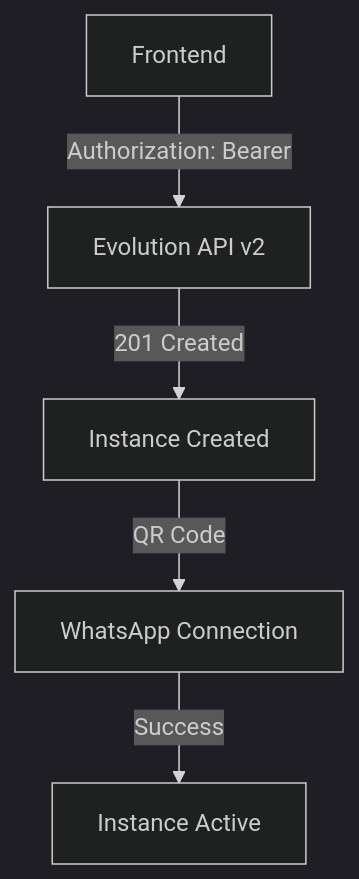
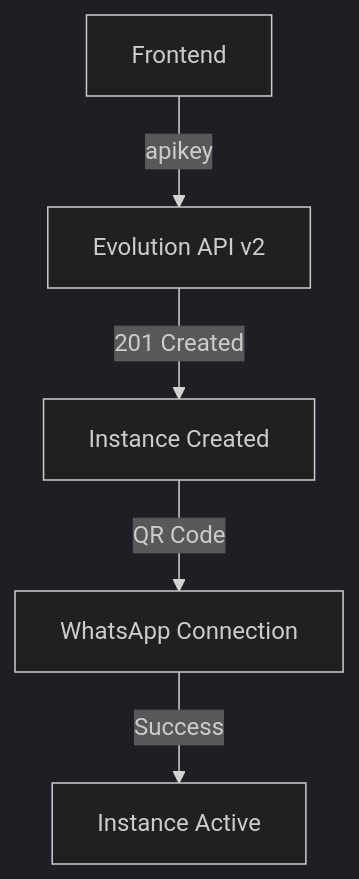
The diagram in EVOLUTION-API-V2-FIXED-COMPLETE.md (jhonygeni/SaaSAgent), drawn with Mermaid (dark theme) before and after one commit. The commit also changed other lines of this file and 21 other files, not shown here.

````diff
--- a/EVOLUTION-API-V2-FIXED-COMPLETE.md
+++ b/EVOLUTION-API-V2-FIXED-COMPLETE.md
@@ -78,7 +78,7 @@
 ```mermaid
 graph TD
-    A[Frontend] -->|Authorization: Bearer| B[Evolution API v2]
+    A[Frontend] -->|apikey| B[Evolution API v2]
     B -->|201 Created| C[Instance Created]
     C -->|QR Code| D[WhatsApp Connection]
     D -->|Success| E[Instance Active]
 ```
````
